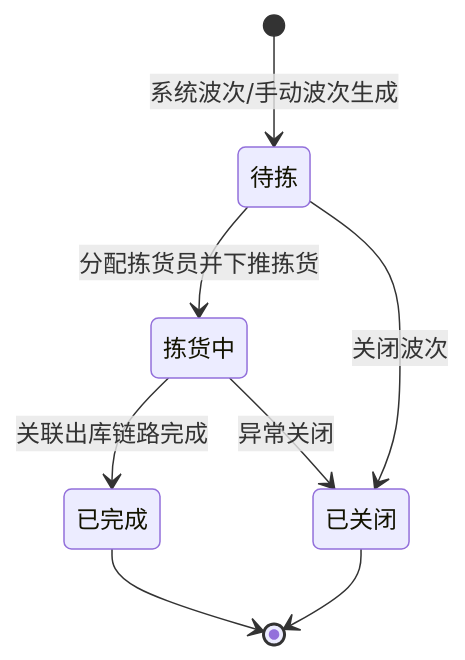
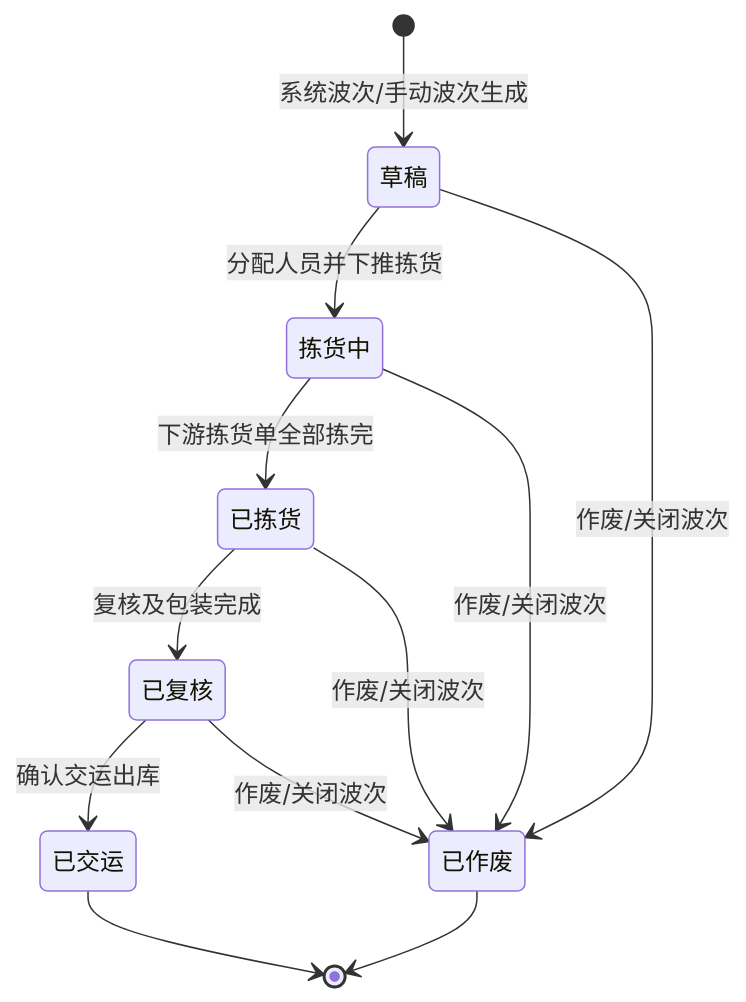
The diagram in prd-docs/出库管理/波次/波次_业务规则规格.md (lophyJessica/forge-crm), drawn with Mermaid before and after one commit. The commit also changed other lines of this file and 50 other files, not shown here.

````diff
--- a/prd-docs/出库管理/波次/波次_业务规则规格.md
+++ b/prd-docs/出库管理/波次/波次_业务规则规格.md
@@ -8,10 +8,14 @@
 ```mermaid
 stateDiagram-v2
-    [*] --> 待拣: 系统波次/手动波次生成
-    待拣 --> 拣货中: 分配拣货员并下推拣货
-    拣货中 --> 已完成: 关联出库链路完成
-    待拣 --> 已关闭: 关闭波次
-    拣货中 --> 已关闭: 异常关闭
-    已完成 --> [*]
-    已关闭 --> [*]
+    [*] --> 草稿: 系统波次/手动波次生成
+    草稿 --> 拣货中: 分配人员并下推拣货
+    草稿 --> 已作废: 作废/关闭波次
+    拣货中 --> 已拣货: 下游拣货单全部拣完
+    拣货中 --> 已作废: 作废/关闭波次
+    已拣货 --> 已复核: 复核及包装完成
+    已拣货 --> 已作废: 作废/关闭波次
+    已复核 --> 已交运: 确认交运出库
+    已复核 --> 已作废: 作废/关闭波次
+    已交运 --> [*]
+    已作废 --> [*]
 ```
````
